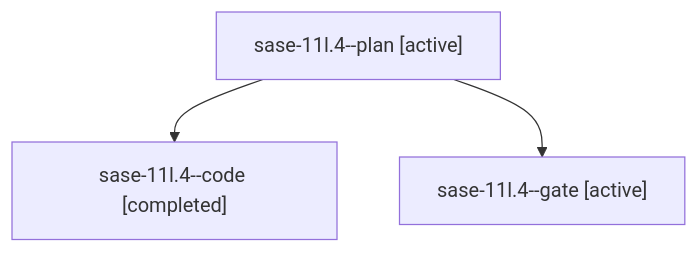
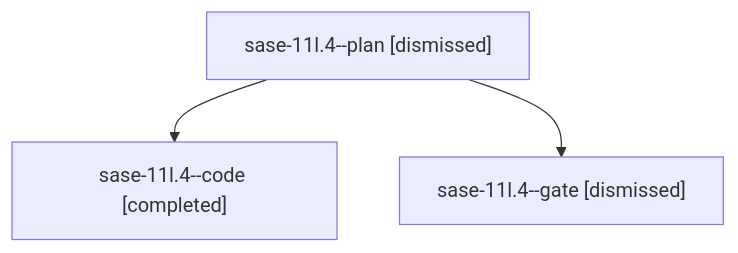
Before and after one commit to sase-org/sase--agents: the diagram in sessions/bbugyi200.athena.sase-11l.4.md, drawn with Mermaid. The commit also changed other lines of this file and 204 other files, not shown here.

````diff
--- a/sessions/bbugyi200.athena.sase-11l.4.md
+++ b/sessions/bbugyi200.athena.sase-11l.4.md
@@ -9,8 +9,8 @@
 ```mermaid
 flowchart TD
-  n0["sase-11l.4--plan [active]"]
+  n0["sase-11l.4--plan [dismissed]"]
   n1["sase-11l.4--code [completed]"]
   n0 --> n1
-  n2["sase-11l.4--gate [active]"]
+  n2["sase-11l.4--gate [dismissed]"]
   n0 --> n2
 ```
````
